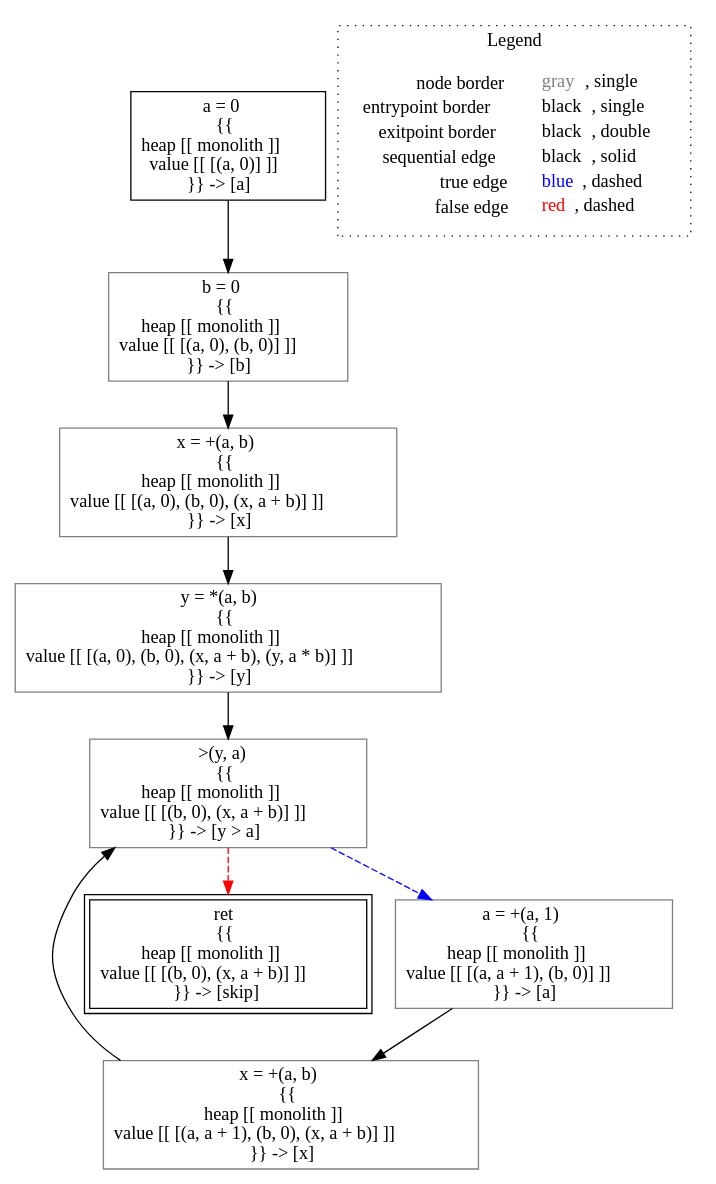
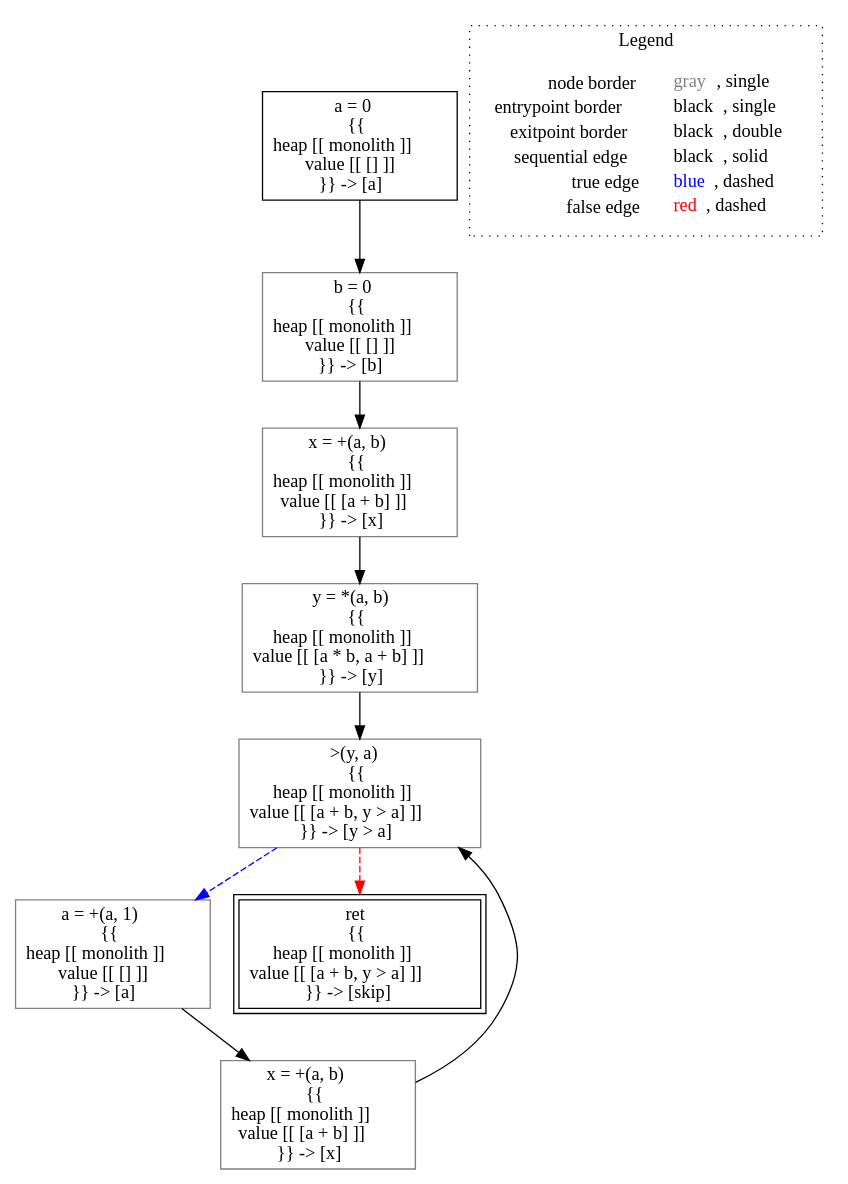
Before and after one commit to lisa-analyzer/lisa: the diagram in lisa/imp-testcases/available-expressions/analysis___untyped_ae.f3(ae_this).dot, drawn with Graphviz. The commit also changed 9 other files, not shown here.

```diff
--- a/lisa/imp-testcases/available-expressions/analysis___untyped_ae.f3(ae_this).dot
+++ b/lisa/imp-testcases/available-expressions/analysis___untyped_ae.f3(ae_this).dot
@@ -1,25 +1,25 @@
 digraph {
-	"node0" [shape="rect",color="black",label=<a = 0<BR/>{{<BR/>heap [[ monolith ]]<BR/>value [[ [(a, 0)] ]]<BR/>}} -&gt; [a]>];
-	"node1" [shape="rect",color="black",peripheries="2",label=<ret<BR/>{{<BR/>heap [[ monolith ]]<BR/>value [[ [(b, 0), (x, a + b)] ]]<BR/>}} -&gt; [skip]>];
-	"node2" [shape="rect",color="gray",label=<a = +(a, 1)<BR/>{{<BR/>heap [[ monolith ]]<BR/>value [[ [(a, a + 1), (b, 0)] ]]<BR/>}} -&gt; [a]>];
-	"node3" [shape="rect",color="gray",label=<y = *(a, b)<BR/>{{<BR/>heap [[ monolith ]]<BR/>value [[ [(a, 0), (b, 0), (x, a + b), (y, a * b)] ]]<BR/>}} -&gt; [y]>];
-	"node4" [shape="rect",color="gray",label=<b = 0<BR/>{{<BR/>heap [[ monolith ]]<BR/>value [[ [(a, 0), (b, 0)] ]]<BR/>}} -&gt; [b]>];
-	"node5" [shape="rect",color="gray",label=<x = +(a, b)<BR/>{{<BR/>heap [[ monolith ]]<BR/>value [[ [(a, a + 1), (b, 0), (x, a + b)] ]]<BR/>}} -&gt; [x]>];
-	"node6" [shape="rect",color="gray",label=<x = +(a, b)<BR/>{{<BR/>heap [[ monolith ]]<BR/>value [[ [(a, 0), (b, 0), (x, a + b)] ]]<BR/>}} -&gt; [x]>];
-	"node7" [shape="rect",color="gray",label=<&gt;(y, a)<BR/>{{<BR/>heap [[ monolith ]]<BR/>value [[ [(b, 0), (x, a + b)] ]]<BR/>}} -&gt; [y &gt; a]>];
-	"node2" -> "node5" [color="black"];
-	"node3" -> "node7" [color="black"];
-	"node0" -> "node4" [color="black"];
-	"node4" -> "node6" [color="black"];
-	"node5" -> "node7" [color="black"];
-	"node6" -> "node3" [color="black"];
-	"node7" -> "node1" [color="red",style="dashed"];
-	"node7" -> "node2" [color="blue",style="dashed"];
+	"node0" [shape="rect",color="black",label=<a = 0<BR/>{{<BR/>heap [[ monolith ]]<BR/>value [[ [] ]]<BR/>}} -&gt; [a]>];
+	"node1" [shape="rect",color="gray",label=<y = *(a, b)<BR/>{{<BR/>heap [[ monolith ]]<BR/>value [[ [a * b, a + b] ]]<BR/>}} -&gt; [y]>];
+	"node2" [shape="rect",color="gray",label=<&gt;(y, a)<BR/>{{<BR/>heap [[ monolith ]]<BR/>value [[ [a + b, y &gt; a] ]]<BR/>}} -&gt; [y &gt; a]>];
+	"node3" [shape="rect",color="gray",label=<b = 0<BR/>{{<BR/>heap [[ monolith ]]<BR/>value [[ [] ]]<BR/>}} -&gt; [b]>];
+	"node4" [shape="rect",color="gray",label=<x = +(a, b)<BR/>{{<BR/>heap [[ monolith ]]<BR/>value [[ [a + b] ]]<BR/>}} -&gt; [x]>];
+	"node5" [shape="rect",color="gray",label=<a = +(a, 1)<BR/>{{<BR/>heap [[ monolith ]]<BR/>value [[ [] ]]<BR/>}} -&gt; [a]>];
+	"node6" [shape="rect",color="gray",label=<x = +(a, b)<BR/>{{<BR/>heap [[ monolith ]]<BR/>value [[ [a + b] ]]<BR/>}} -&gt; [x]>];
+	"node7" [shape="rect",color="black",peripheries="2",label=<ret<BR/>{{<BR/>heap [[ monolith ]]<BR/>value [[ [a + b, y &gt; a] ]]<BR/>}} -&gt; [skip]>];
+	"node1" -> "node2" [color="black"];
+	"node2" -> "node5" [color="blue",style="dashed"];
+	"node2" -> "node7" [color="red",style="dashed"];
+	"node0" -> "node3" [color="black"];
+	"node3" -> "node4" [color="black"];
+	"node4" -> "node1" [color="black"];
+	"node5" -> "node6" [color="black"];
+	"node6" -> "node2" [color="black"];
 subgraph cluster_legend {
 	label="Legend";
 	style=dotted;
 	node [shape=plaintext];
 	"legend" [label=<<table border="0" cellpadding="2" cellspacing="0" cellborder="0"><tr><td align="right">node border&nbsp;</td><td align="left"><font color="gray">gray</font>, single</td></tr><tr><td align="right">entrypoint border&nbsp;</td><td align="left"><font color="black">black</font>, single</td></tr><tr><td align="right">exitpoint border&nbsp;</td><td align="left"><font color="black">black</font>, double</td></tr><tr><td align="right">sequential edge&nbsp;</td><td align="left"><font color="black">black</font>, solid</td></tr><tr><td align="right">true edge&nbsp;</td><td align="left"><font color="blue">blue</font>, dashed</td></tr><tr><td align="right">false edge&nbsp;</td><td align="left"><font color="red">red</font>, dashed</td></tr></table>>];
 }
 
 }
```
